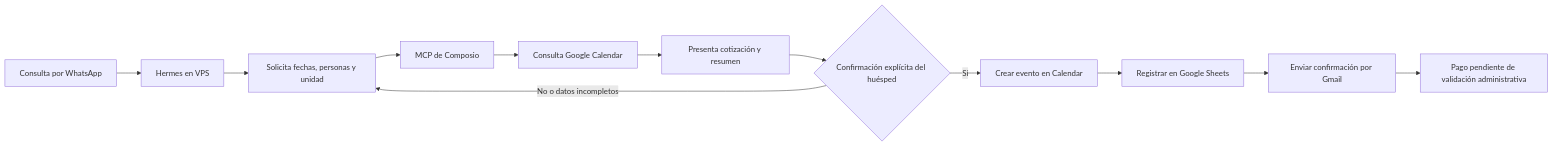
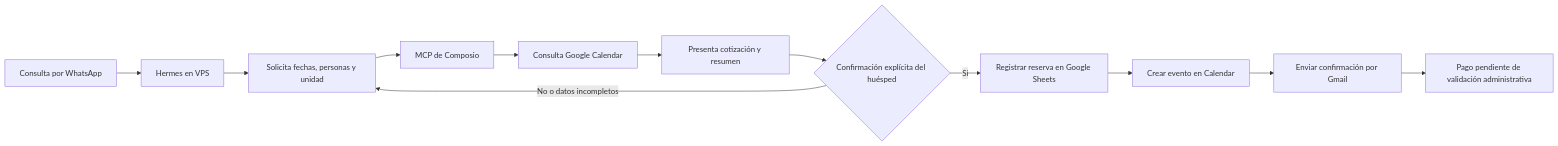
The second of 3 diagrams in produccion_video/MAPAS_CONCEPTUALES_LIVINN.md (livinnai2026-star/LIVINN-entrega-academica), drawn with Mermaid before and after one commit. The commit also changed other lines of this file and 27 other files, not shown here.

````diff
--- a/produccion_video/MAPAS_CONCEPTUALES_LIVINN.md
+++ b/produccion_video/MAPAS_CONCEPTUALES_LIVINN.md
@@ -23,14 +23,14 @@
 ```mermaid
 flowchart LR
     A[Consulta por WhatsApp] --> B[Hermes en VPS]
     B --> C[Solicita fechas, personas y unidad]
     C --> D[MCP de Composio]
     D --> E[Consulta Google Calendar]
     E --> F[Presenta cotización y resumen]
     F --> G{Confirmación explícita del huésped}
-    G -->|Sí| H[Crear evento en Calendar]
-    H --> I[Registrar en Google Sheets]
+    G -->|Sí| H[Registrar reserva en Google Sheets]
+    H --> I[Crear evento en Calendar]
     I --> J[Enviar confirmación por Gmail]
     J --> K[Pago pendiente de validación administrativa]
     G -->|No o datos incompletos| C
 ```
````
